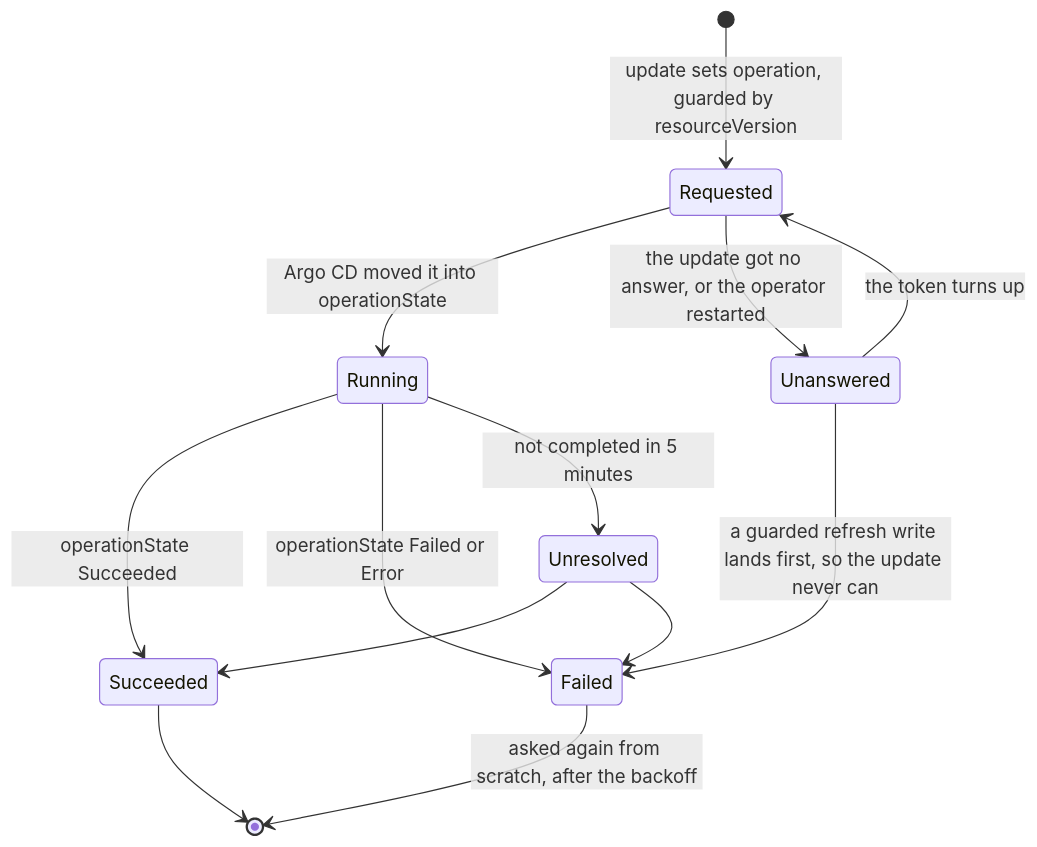
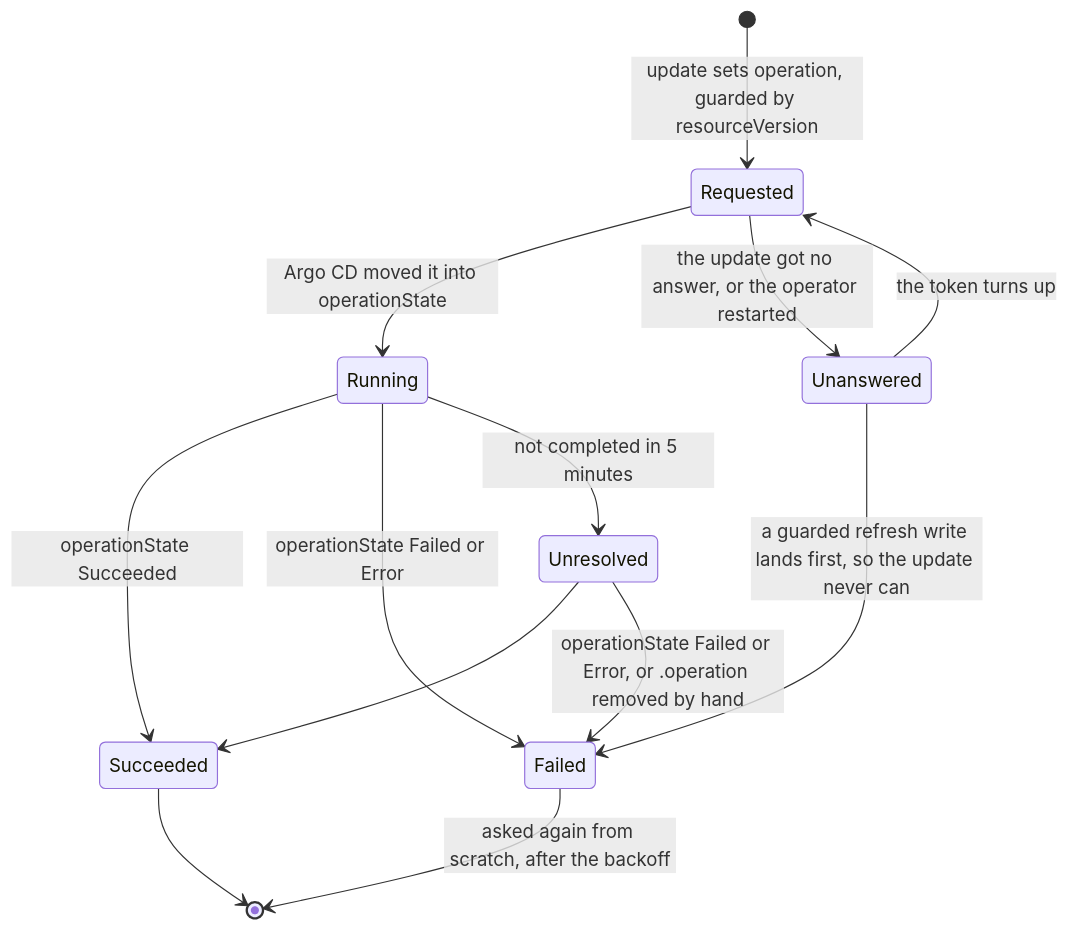
The second of 2 diagrams in docs/bi-directional-argocd.md (ConfigButler/gitops-reverser), drawn with Mermaid before and after one commit. The commit also changed other lines of this file and 3 other files, not shown here.

````diff
--- a/docs/bi-directional-argocd.md
+++ b/docs/bi-directional-argocd.md
@@ -290,15 +290,15 @@
 ```mermaid
 stateDiagram-v2
     [*] --> Requested: update sets operation, guarded by resourceVersion
     Requested --> Running: Argo CD moved it into operationState
     Running --> Succeeded: operationState Succeeded
     Running --> Failed: operationState Failed or Error
     Requested --> Unanswered: the update got no answer, or the operator restarted
     Unanswered --> Requested: the token turns up
     Unanswered --> Failed: a guarded refresh write lands first, so the update never can
     Running --> Unresolved: not completed in 5 minutes
     Unresolved --> Succeeded
-    Unresolved --> Failed
+    Unresolved --> Failed: operationState Failed or Error, or .operation removed by hand
     Failed --> [*]: asked again from scratch, after the backoff
     Succeeded --> [*]
 ```
````
